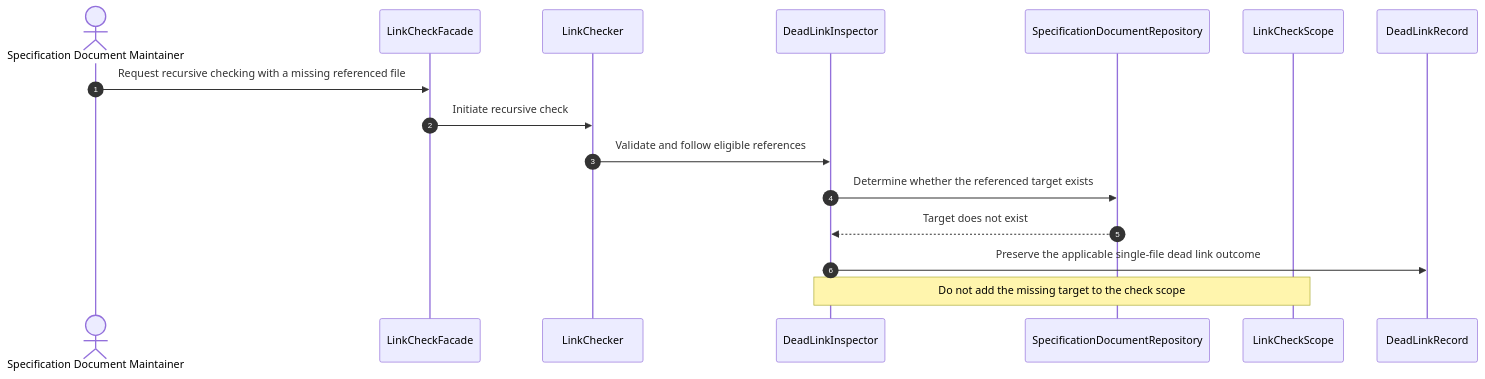
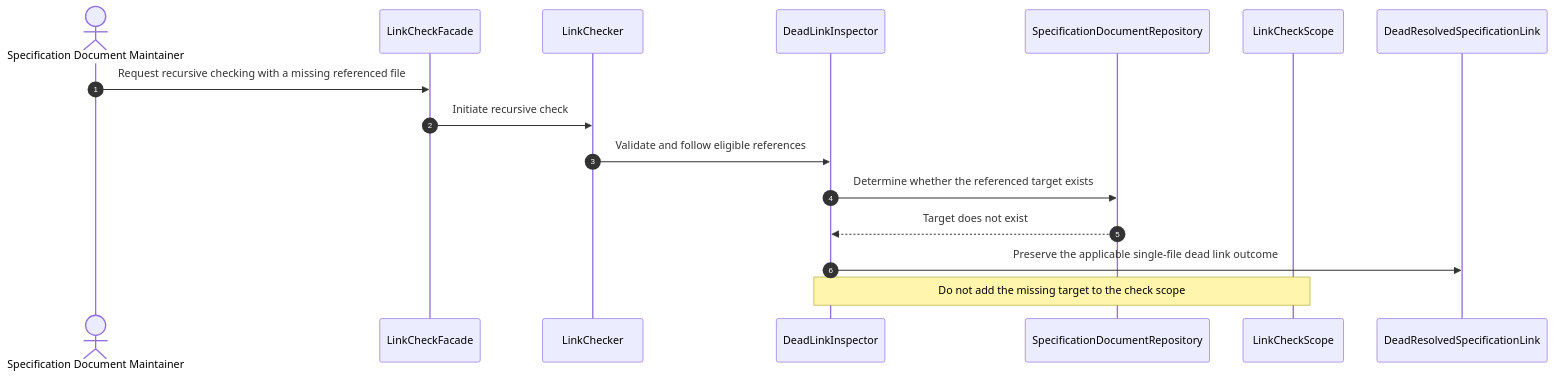
One commit to huang-xiao-jian/bluey changed diagram 33 of 43 in specs/md-linkage/design.md. Above: the diagram before and after it, drawn with Mermaid. The commit also changed other lines of this file and 10 other files, not shown here.

Commit message:
docs(md-linkage): unify resolved link outcomes

````diff
--- a/specs/md-linkage/design.md
+++ b/specs/md-linkage/design.md
@@ -989,19 +1046,19 @@
 ```mermaid
 sequenceDiagram
     autonumber
     actor Maintainer as Specification Document Maintainer
     participant Submission as LinkCheckFacade
     participant Check as LinkChecker
     participant Detection as DeadLinkInspector
     participant Access as SpecificationDocumentRepository
     participant Scope as LinkCheckScope
-    participant Record as DeadLinkRecord
+    participant Record as DeadResolvedSpecificationLink
 
     Maintainer->>Submission: Request recursive checking with a missing referenced file
     Submission->>Check: Initiate recursive check
     Check->>Detection: Validate and follow eligible references
     Detection->>Access: Determine whether the referenced target exists
     Access-->>Detection: Target does not exist
     Detection->>Record: Preserve the applicable single-file dead link outcome
     Note over Detection,Scope: Do not add the missing target to the check scope
 ```
````
